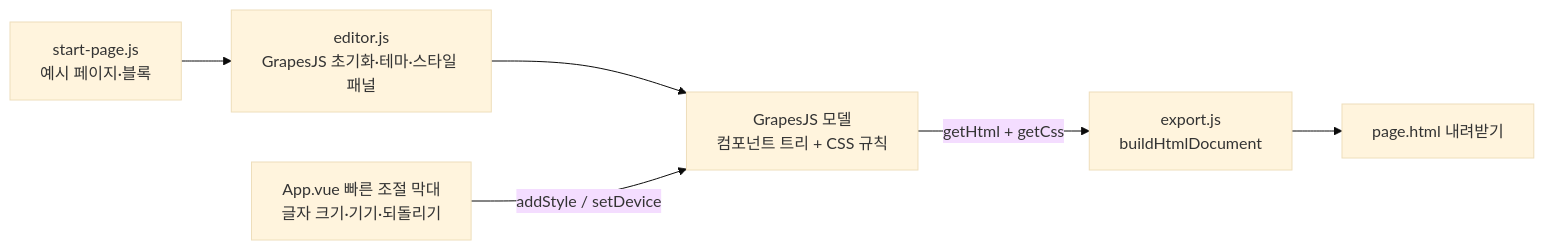
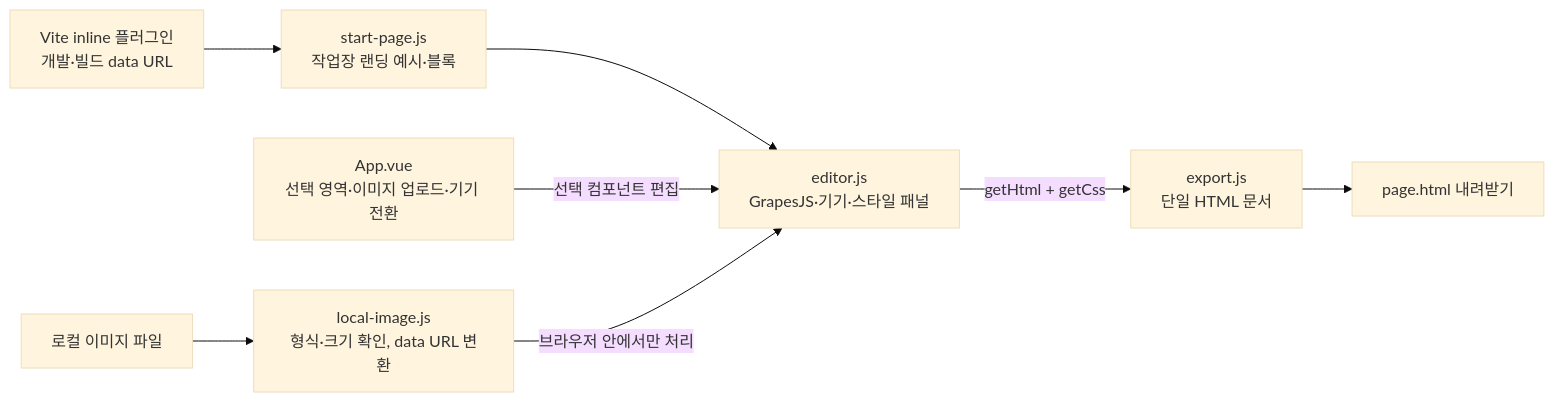
Before and after one commit to devcy0922/page-builder: the diagram in architecture.md, drawn with Mermaid (base theme). The commit also changed other lines of this file and 11 other files, not shown here.

Commit message:
feat: 작업장 템플릿과 로컬 배경 이미지 편집 추가

````diff
--- a/architecture.md
+++ b/architecture.md
@@ -3,8 +3,10 @@
 ```mermaid
 flowchart LR
-    Start["start-page.js<br/>예시 페이지·블록"] --> Editor["editor.js<br/>GrapesJS 초기화·테마·스타일 패널"]
-    Editor --> Model["GrapesJS 모델<br/>컴포넌트 트리 + CSS 규칙"]
-    Quick["App.vue 빠른 조절 막대<br/>글자 크기·기기·되돌리기"] -->|addStyle / setDevice| Model
-    Model -->|getHtml + getCss| Export["export.js<br/>buildHtmlDocument"]
+    Start["start-page.js<br/>작업장 랜딩 예시·블록"] --> Editor["editor.js<br/>GrapesJS·기기·스타일 패널"]
+    InlineArt["Vite inline 플러그인<br/>개발·빌드 data URL"] --> Start
+    App["App.vue<br/>선택 영역·이미지 업로드·기기 전환"] -->|선택 컴포넌트 편집| Editor
+    Upload["로컬 이미지 파일"] --> Validate["local-image.js<br/>형식·크기 확인, data URL 변환"]
+    Validate -->|브라우저 안에서만 처리| Editor
+    Editor -->|getHtml + getCss| Export["export.js<br/>단일 HTML 문서"]
     Export --> File["page.html 내려받기"]
 ```
````
